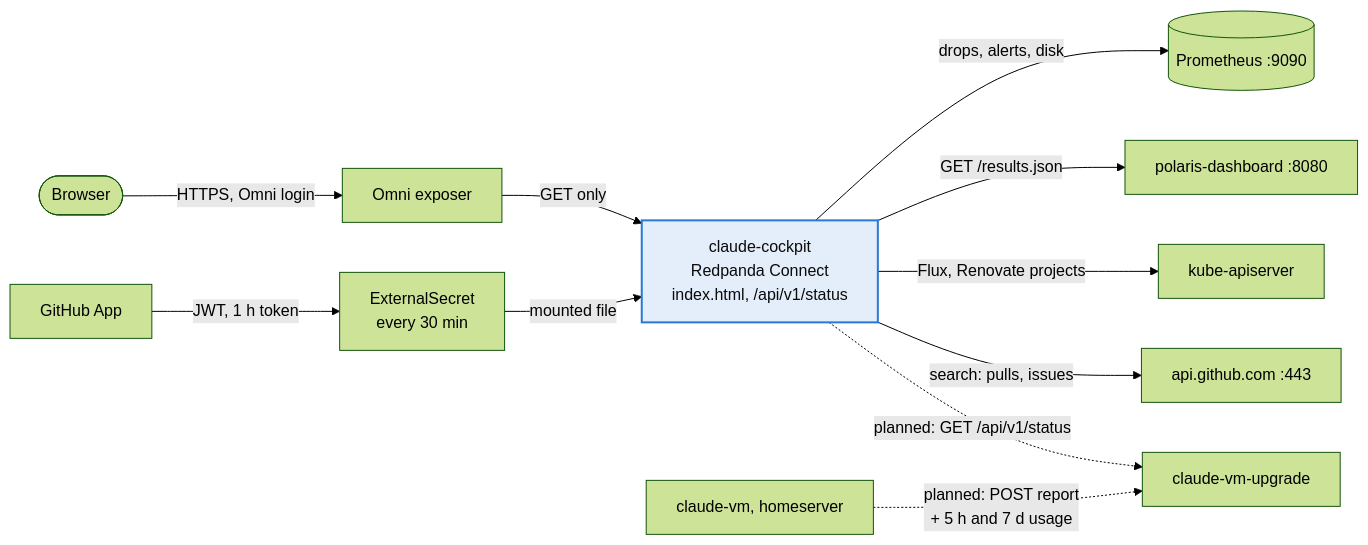
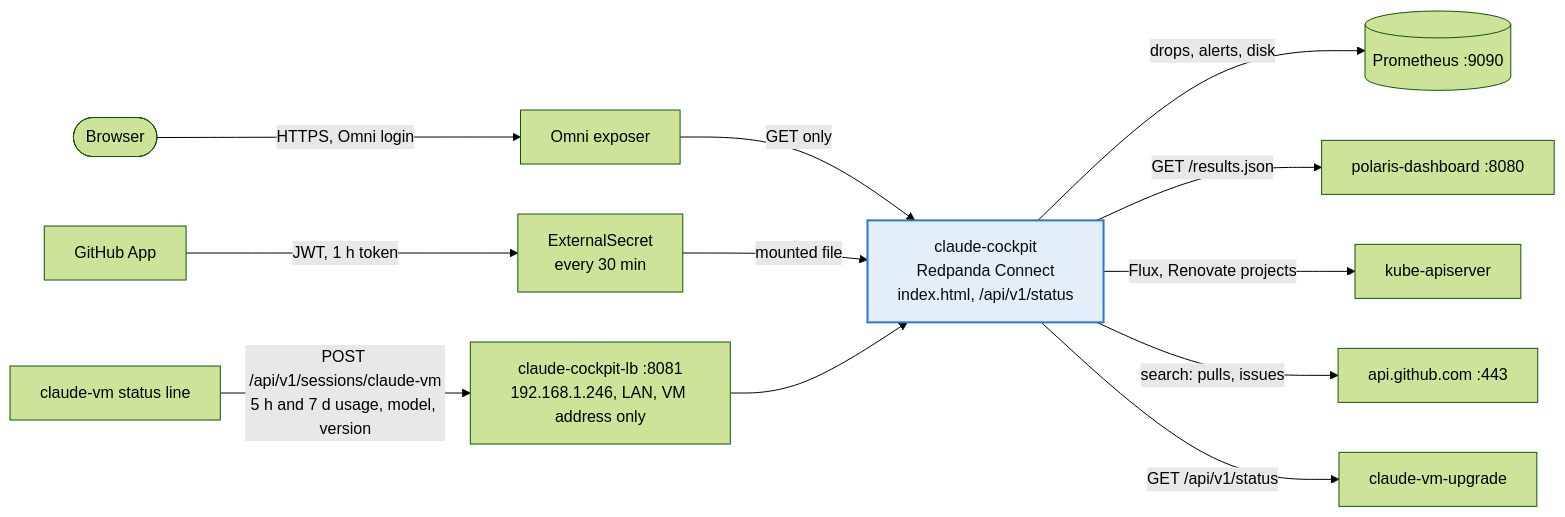
The third of 3 diagrams in k8s/apps/claude-system/README.md (cthtrifork/talos-gitops), drawn with Mermaid (forest theme) before and after one commit. The commit also changed other lines of this file and 5 other files, not shown here.

Commit message:
feat(claude-system): add the homelab panels and the session data listener to the cockpit

````diff
--- a/k8s/apps/claude-system/README.md
+++ b/k8s/apps/claude-system/README.md
@@ -360,19 +360,20 @@
 ```mermaid
 flowchart LR
   you([Browser]) -->|HTTPS, Omni login| omni[Omni exposer]
   omni -->|GET only| cockpit["claude-cockpit<br/>Redpanda Connect<br/>index.html, /api/v1/status"]
 
   cockpit -->|"drops, alerts, disk"| prom[(Prometheus :9090)]
   cockpit -->|"GET /results.json"| polaris[polaris-dashboard :8080]
   cockpit -->|"Flux, Renovate projects"| api[kube-apiserver]
   cockpit -->|"search: pulls, issues"| gh[api.github.com :443]
 
   app[GitHub App] -->|"JWT, 1 h token"| es[ExternalSecret<br/>every 30 min]
   es -->|"mounted file"| cockpit
 
-  cockpit -.->|"planned: GET /api/v1/status"| vmup[claude-vm-upgrade]
-  vm[claude-vm, homeserver] -.->|"planned: POST report<br/>+ 5 h and 7 d usage"| vmup
+  cockpit -->|"GET /api/v1/status"| vmup[claude-vm-upgrade]
+  vm[claude-vm status line] -->|"POST /api/v1/sessions/claude-vm<br/>5 h and 7 d usage, model, version"| lb["claude-cockpit-lb :8081<br/>192.168.1.246, LAN, VM address only"]
+  lb --> cockpit
 
   classDef new fill:#e4eefb,stroke:#2a78d6,stroke-width:2px,color:#0b0b0b
   class cockpit new
 ```
````
